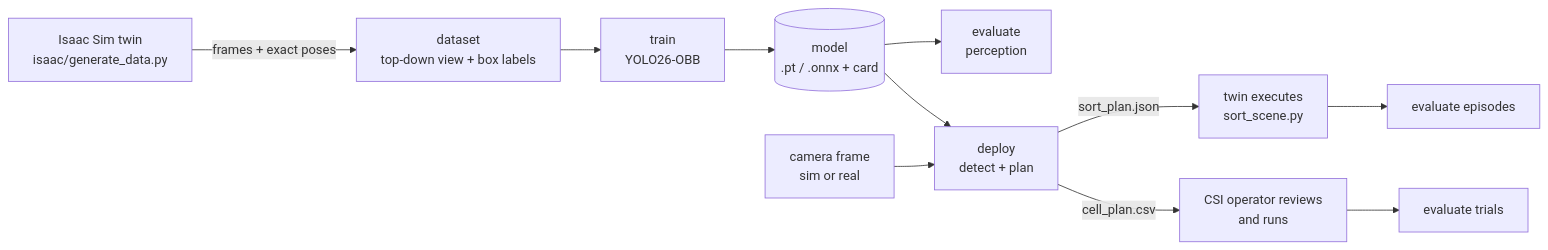
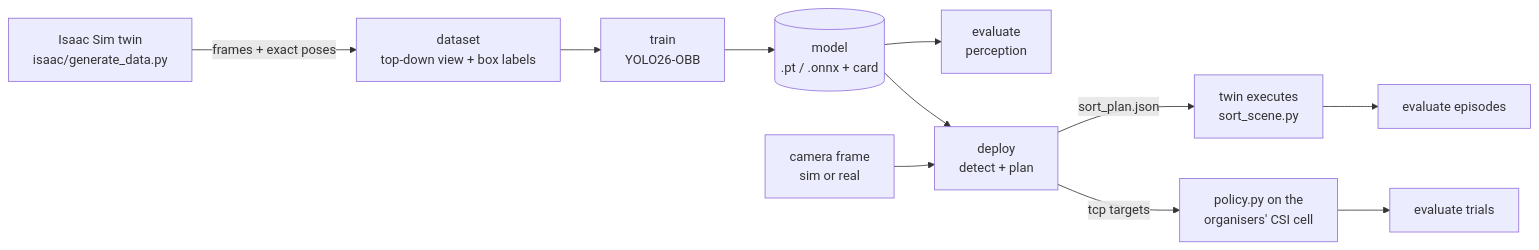
The diagram in README.md (ALL-Applied-AI-Network/msoe-ai-club-rockwell-automation-nvidia-hackath-travis-jankowski-s-team-19ed891b3e), drawn with Mermaid before and after one commit. The commit also changed other lines of this file and 6 other files, not shown here.

First line of the commit message:
Run SmartGrasp on the organisers' remote cell

````diff
--- a/README.md
+++ b/README.md
@@ -16,10 +16,10 @@
 ```mermaid
 flowchart LR
     T[Isaac Sim twin<br/>isaac/generate_data.py] -->|frames + exact poses| D[dataset<br/>top-down view + box labels]
     D --> TR[train<br/>YOLO26-OBB] --> M[(model<br/>.pt / .onnx + card)]
     M --> E[evaluate<br/>perception]
     C[camera frame<br/>sim or real] --> DP[deploy<br/>detect + plan]
     M --> DP
     DP -->|sort_plan.json| S[twin executes<br/>sort_scene.py] --> EP[evaluate episodes]
-    DP -->|cell_plan.csv| O[CSI operator reviews<br/>and runs] --> TL[evaluate trials]
+    DP -->|tcp targets| P[policy.py on the<br/>organisers' CSI cell] --> TL[evaluate trials]
 ```
````
